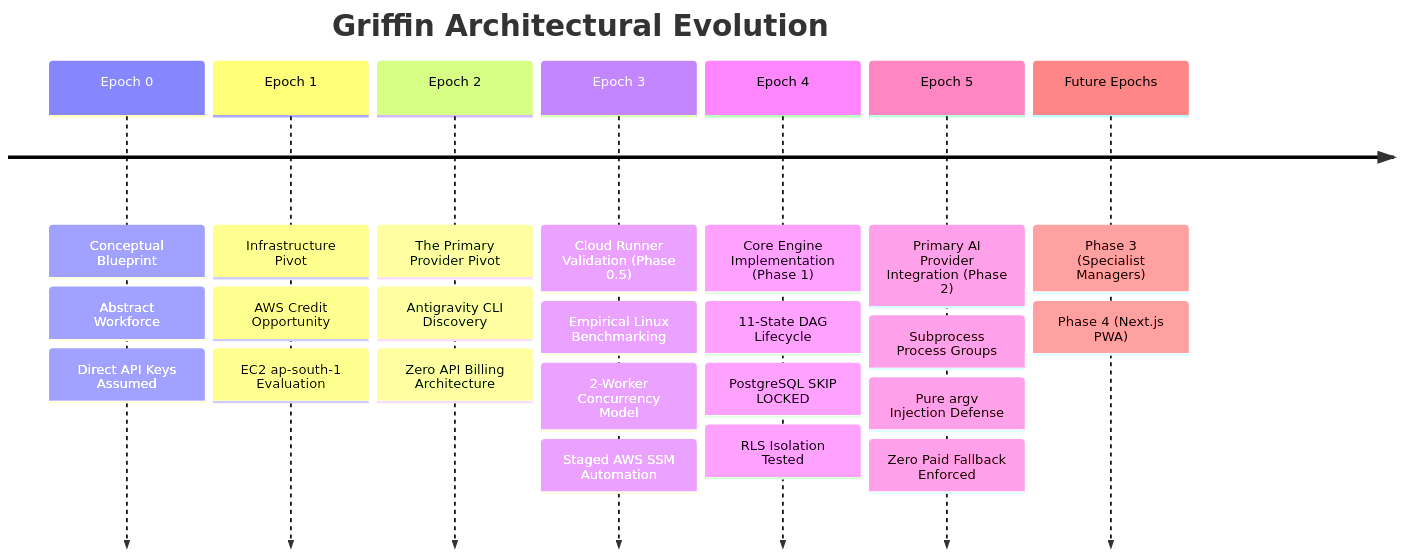
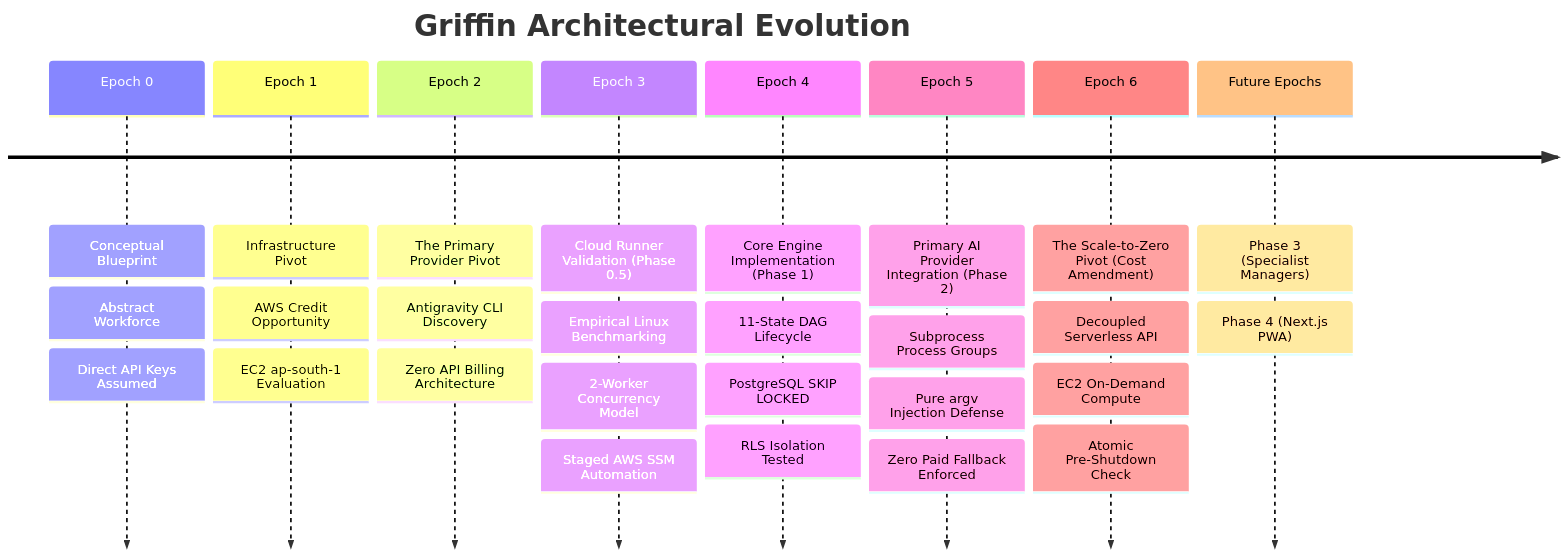
The diagram in evolution.md (adhyan-jain/griffin), drawn with Mermaid before and after one commit. The commit also changed other lines of this file and 23 other files, not shown here.

First line of the commit message:
feat(runner): implement scale-to-zero architecture and idle shutdown

````diff
--- a/evolution.md
+++ b/evolution.md
@@ -9,11 +9,12 @@
 ```mermaid
 timeline
     title Griffin Architectural Evolution
     Epoch 0 : Conceptual Blueprint : Abstract Workforce : Direct API Keys Assumed
     Epoch 1 : Infrastructure Pivot : AWS Credit Opportunity : EC2 ap-south-1 Evaluation
     Epoch 2 : The Primary Provider Pivot : Antigravity CLI Discovery : Zero API Billing Architecture
     Epoch 3 : Cloud Runner Validation (Phase 0.5) : Empirical Linux Benchmarking : 2-Worker Concurrency Model : Staged AWS SSM Automation
     Epoch 4 : Core Engine Implementation (Phase 1) : 11-State DAG Lifecycle : PostgreSQL SKIP LOCKED : RLS Isolation Tested
     Epoch 5 : Primary AI Provider Integration (Phase 2) : Subprocess Process Groups : Pure argv Injection Defense : Zero Paid Fallback Enforced
+    Epoch 6 : The Scale-to-Zero Pivot (Cost Amendment) : Decoupled Serverless API : EC2 On-Demand Compute : Atomic Pre-Shutdown Check
     Future Epochs : Phase 3 (Specialist Managers) : Phase 4 (Next.js PWA)
 ```
````
